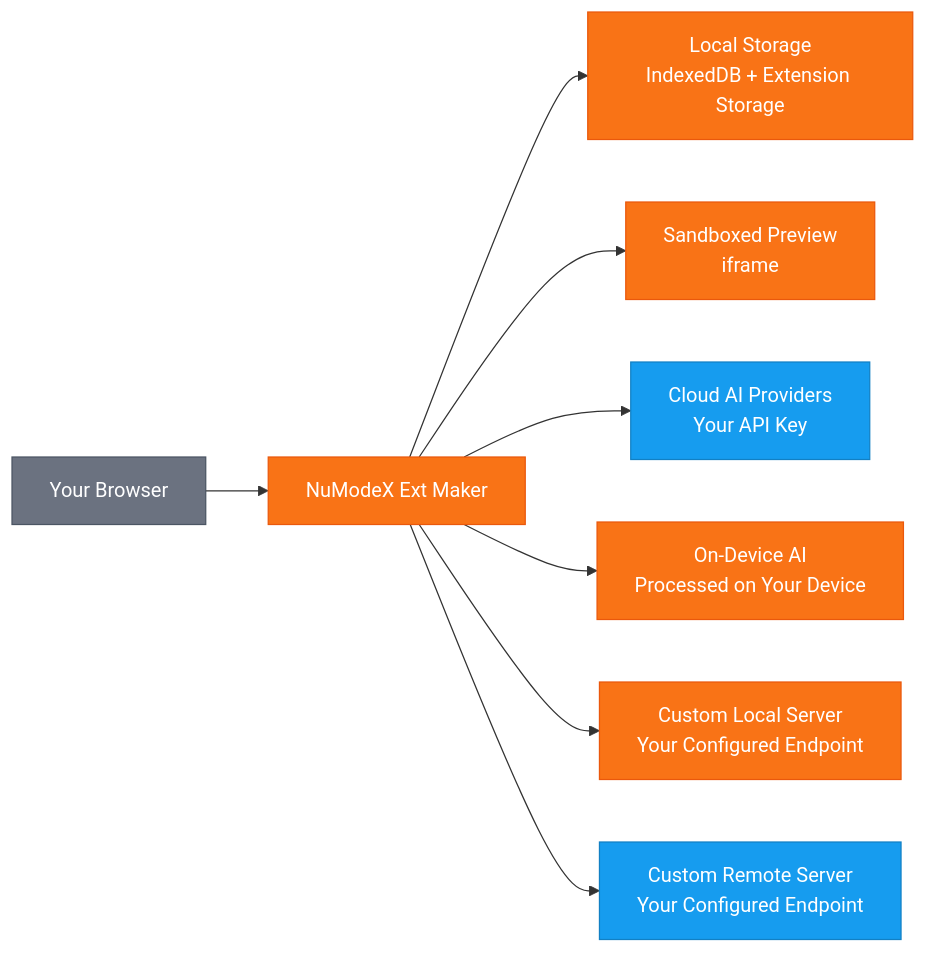
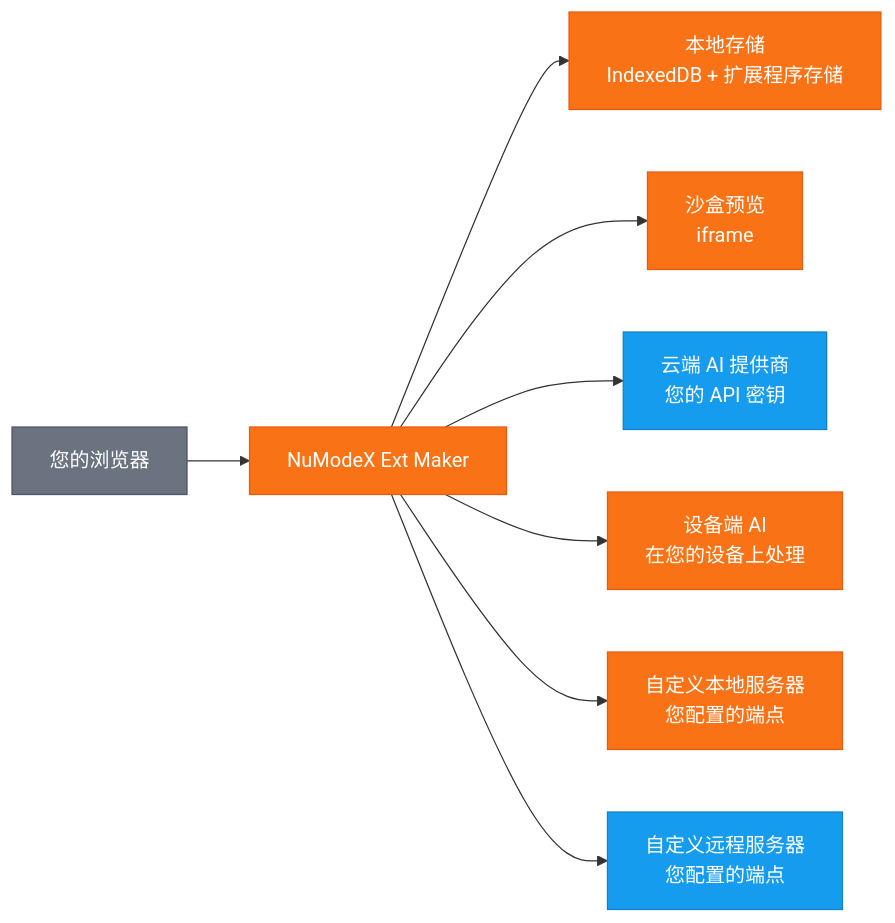
One commit to SoraVantia/NuModeX-Ext-Maker changed the diagram in README.zh.md. Above: the diagram before and after it, drawn with Mermaid.

````diff
--- a/README.zh.md
+++ b/README.zh.md
@@ -44,19 +44,19 @@
 ```mermaid
 graph LR
-    A[Your Browser] --> B[NuModeX Ext Maker]
-    B --> C[Local Storage<br/>IndexedDB + Extension Storage]
-    B --> D[Sandboxed Preview<br/>iframe]
-    B --> E[Cloud AI Providers<br/>Your API Key]
-    B --> F[On-Device AI<br/>Processed on Your Device]
-    B --> G[Custom Local Server<br/>Your Configured Endpoint]
-    B --> H[Custom Remote Server<br/>Your Configured Endpoint]
+    A[您的浏览器] --> B[NuModeX Ext Maker]
+    B --> C[本地存储<br/>IndexedDB + 扩展程序存储]
+    B --> D[沙盒预览<br/>iframe]
+    B --> E[云端 AI 提供商<br/>您的 API 密钥]
+    B --> F[设备端 AI<br/>在您的设备上处理]
+    B --> G[自定义本地服务器<br/>您配置的端点]
+    B --> H[自定义远程服务器<br/>您配置的端点]
 
     style A fill:#6b7280,color:#fff,stroke:#4b5563
     style B fill:#f97316,color:#fff,stroke:#ea580c
     style C fill:#f97316,color:#fff,stroke:#ea580c
     style D fill:#f97316,color:#fff,stroke:#ea580c
     style E fill:#169cef,color:#fff,stroke:#1280c4
     style F fill:#f97316,color:#fff,stroke:#ea580c
     style G fill:#f97316,color:#fff,stroke:#ea580c
     style H fill:#169cef,color:#fff,stroke:#1280c4
 ```
````
